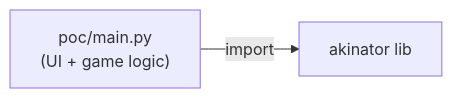
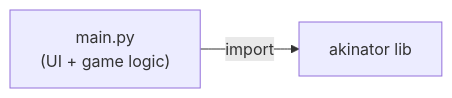
One commit to yamcodes/akin changed the first of 4 diagrams in README.md. Above: the diagram before and after it, drawn with Mermaid. The commit also changed other lines of this file, not shown here.

````diff
--- a/README.md
+++ b/README.md
@@ -11,4 +11,4 @@
 ```mermaid
 graph LR
-    poc["poc/main.py<br/>(UI + game logic)"] --import--> lib["akinator lib"]
+    poc["main.py<br/>(UI + game logic)"] --import--> lib["akinator lib"]
 ```
````
